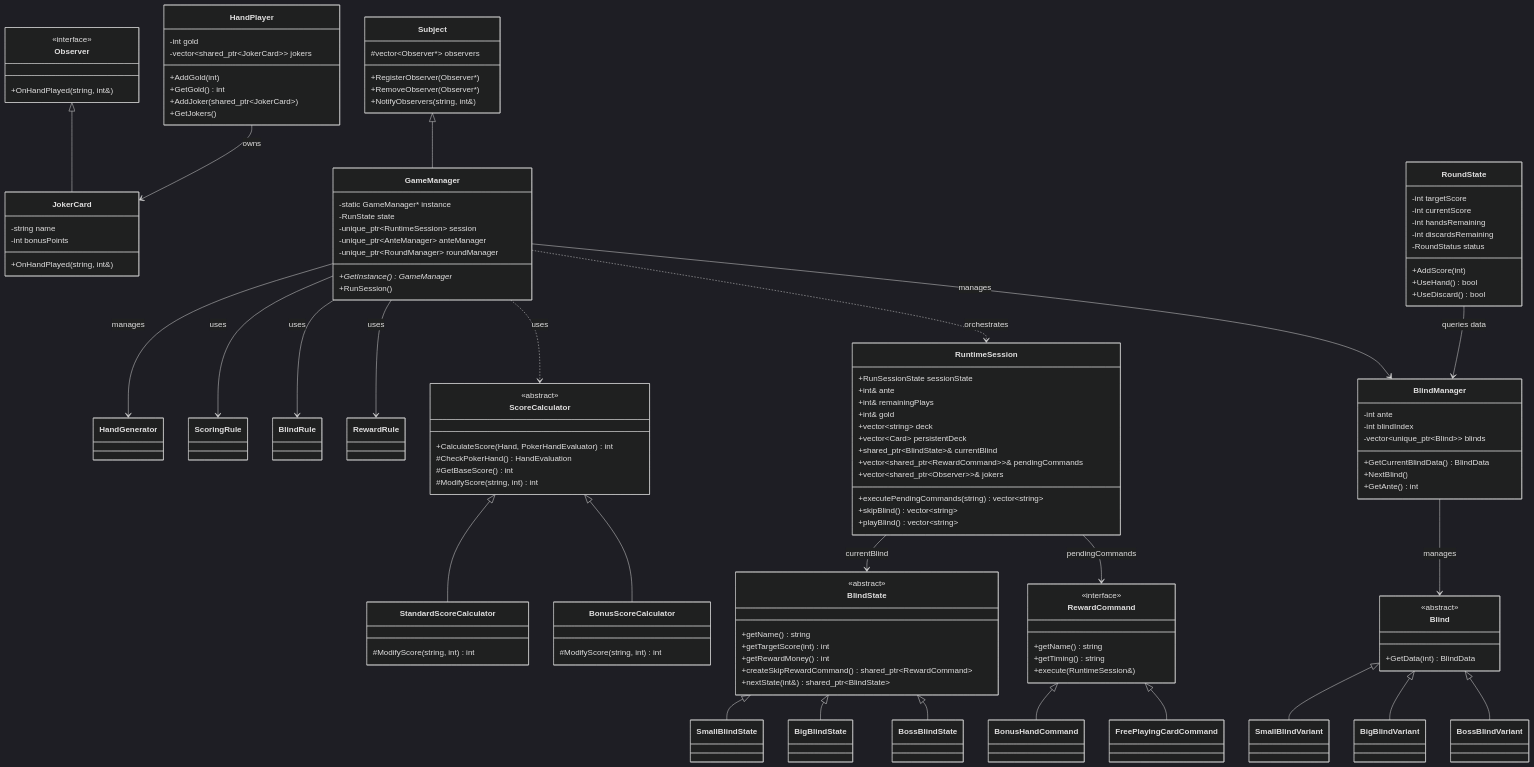
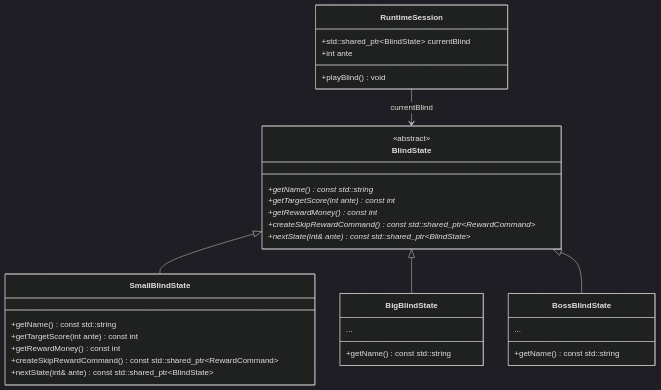
The ninth of 11 diagrams in docs/design-pattern-analysis.md (Amrhea/Kel.DesignPattern), drawn with Mermaid (dark theme) before and after one commit. The commit also changed other lines of this file, not shown here.

````diff
--- a/docs/design-pattern-analysis.md
+++ b/docs/design-pattern-analysis.md
@@ -143,149 +344,40 @@
 ```mermaid
 classDiagram
-    class Subject {
-        #vector~Observer*~ observers
-        +RegisterObserver(Observer*)
-        +RemoveObserver(Observer*)
-        +NotifyObservers(string, int&)
+    class BlindState {
+        <<abstract>>
+        +getName() const std::string*
+        +getTargetScore(int ante) const int*
+        +getRewardMoney() const int*
+        +createSkipRewardCommand() const std::shared_ptr~RewardCommand~*
+        +nextState(int& ante) const std::shared_ptr~BlindState~*
     }
 
-    class Observer {
-        <<interface>>
-        +OnHandPlayed(string, int&)
+    class SmallBlindState {
+        +getName() const std::string
+        +getTargetScore(int ante) const int
+        +getRewardMoney() const int
+        +createSkipRewardCommand() const std::shared_ptr~RewardCommand~
+        +nextState(int& ante) const std::shared_ptr~BlindState~
     }
 
-    class JokerCard {
-        -string name
-        -int bonusPoints
-        +OnHandPlayed(string, int&)
+    class BigBlindState {
+        +getName() const std::string
+        ...
     }
 
-    class GameManager {
-        -static GameManager* instance
-        -RunState state
-        -unique_ptr~RuntimeSession~ session
-        -unique_ptr~AnteManager~ anteManager
-        -unique_ptr~RoundManager~ roundManager
-        +GetInstance() GameManager*
-        +RunSession()
+    class BossBlindState {
+        +getName() const std::string
+        ...
     }
 
-    class HandPlayer {
-        -int gold
-        -vector~shared_ptr~JokerCard~~ jokers
-        +AddGold(int)
-        +GetGold() int
-        +AddJoker(shared_ptr~JokerCard~)
-        +GetJokers()
+    class RuntimeSession {
+        +std::shared_ptr~BlindState~ currentBlind
+        +int ante
+        +playBlind() void
     }
-
-    class ScoreCalculator {
-        <<abstract>>
-        +CalculateScore(Hand, PokerHandEvaluator) int
-        #CheckPokerHand() HandEvaluation
-        #GetBaseScore() int
-        #ModifyScore(string, int) int
-    }
-
-    class StandardScoreCalculator {
-        #ModifyScore(string, int) int
-    }
-
-    class BonusScoreCalculator {
-        #ModifyScore(string, int) int
-    }
-
-    class BlindState {
-        <<abstract>>
-        +getName() string
-        +getTargetScore(int) int
-        +getRewardMoney() int
-        +createSkipRewardCommand() shared_ptr~RewardCommand~
-        +nextState(int&) shared_ptr~BlindState~
-    }
-    class SmallBlindState
-    class BigBlindState
-    class BossBlindState
-
-    class RewardCommand {
-        <<interface>>
-        +getName() string
-        +getTiming() string
-        +execute(RuntimeSession&)
-    }
-    class BonusHandCommand
-    class FreePlayingCardCommand
-
-    class RuntimeSession {
-        +RunSessionState sessionState
-        +int& ante
-        +int& remainingPlays
-        +int& gold
-        +vector~string~ deck
-        +vector~Card~ persistentDeck
-        +shared_ptr~BlindState~& currentBlind
-        +vector~shared_ptr~RewardCommand~~& pendingCommands
-        +vector~shared_ptr~Observer~~& jokers
-        +executePendingCommands(string) vector~string~
-        +skipBlind() vector~string~
-        +playBlind() vector~string~
-    }
-
-    class Blind {
-        <<abstract>>
-        +GetData(int) BlindData
-    }
-    class SmallBlindVariant
-    class BigBlindVariant
-    class BossBlindVariant
-    class BlindManager {
-        -int ante
-        -int blindIndex
-        -vector~unique_ptr~Blind~~ blinds
-        +GetCurrentBlindData() BlindData
-        +NextBlind()
-        +GetAnte() int
-    }
-    class RoundState {
-        -int targetScore
-        -int currentScore
-        -int handsRemaining
-        -int discardsRemaining
-        -RoundStatus status
-        +AddScore(int)
-        +UseHand() bool
-        +UseDiscard() bool
-    }
-
-    Subject <|-- GameManager
-    Observer <|-- JokerCard
-    ScoreCalculator <|-- StandardScoreCalculator
-    ScoreCalculator <|-- BonusScoreCalculator
 
     BlindState <|-- SmallBlindState
     BlindState <|-- BigBlindState
     BlindState <|-- BossBlindState
-
-    RewardCommand <|-- BonusHandCommand
-    RewardCommand <|-- FreePlayingCardCommand
-
-    Blind <|-- SmallBlindVariant
-    Blind <|-- BigBlindVariant
-    Blind <|-- BossBlindVariant
-
-    GameManager --> HandGenerator : manages
-    GameManager --> ScoringRule : uses
-    GameManager --> BlindRule : uses
-    GameManager --> RewardRule : uses
-    GameManager ..> ScoreCalculator : uses
-    GameManager ..> RuntimeSession : orchestrates
-    GameManager --> BlindManager : manages
-
     RuntimeSession --> BlindState : currentBlind
-    RuntimeSession --> RewardCommand : pendingCommands
-
-    BlindManager --> Blind : manages
-    RoundState --> BlindManager : queries data
-
-    HandPlayer --> JokerCard : owns
 ```
````
